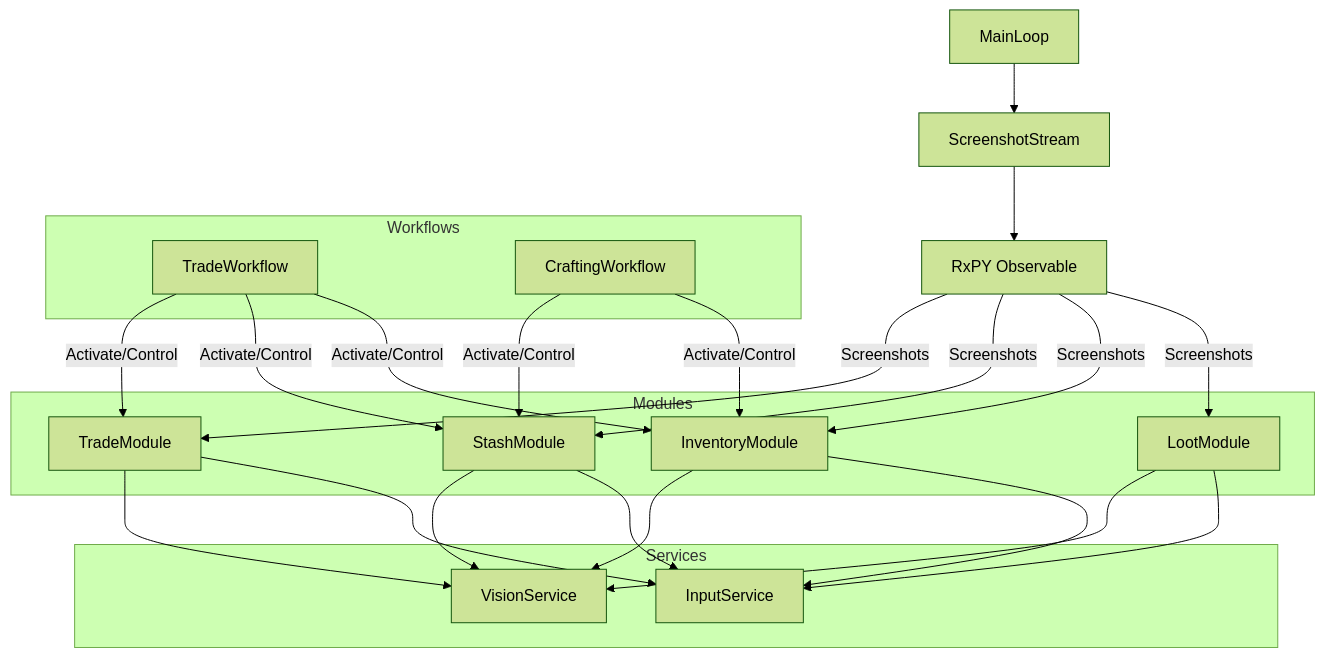
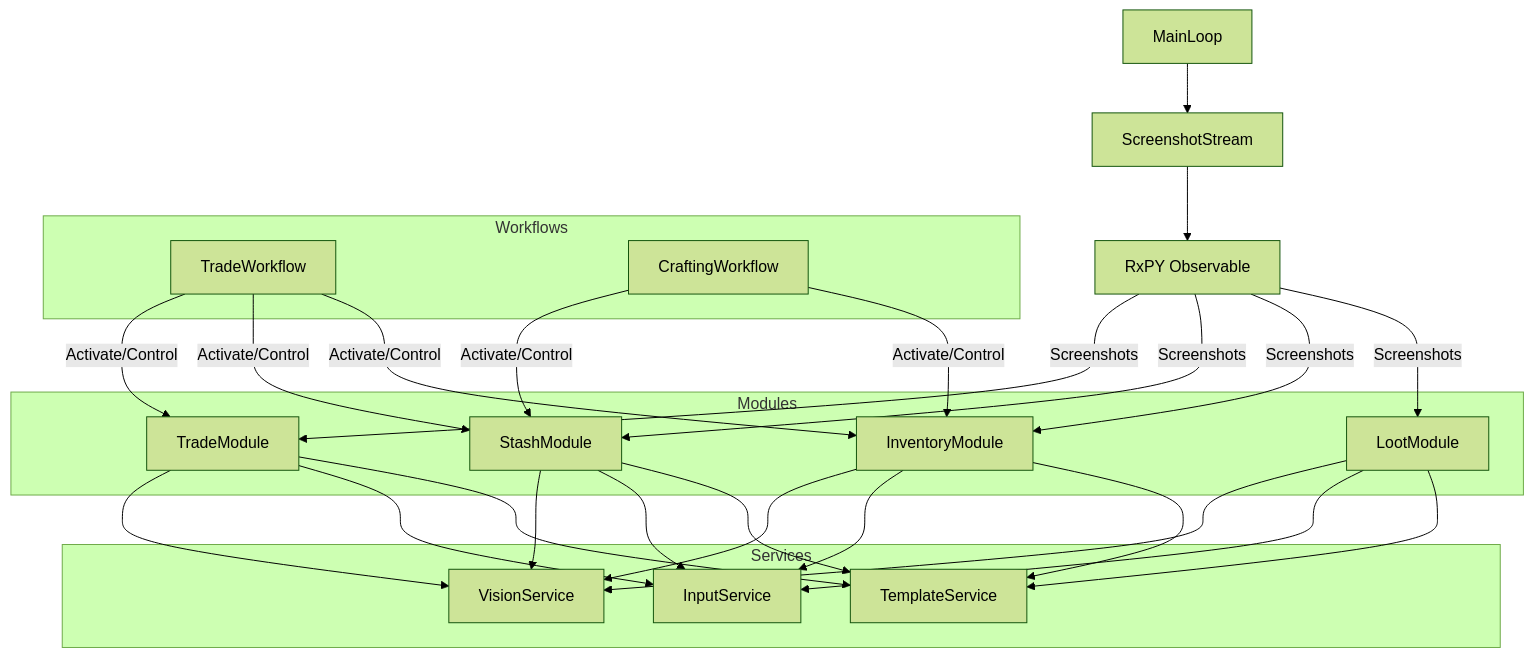
Before and after one commit to evgenipetrov/poe-sidekick: the diagram in memory_bank/systemPatterns.md, drawn with Mermaid (forest theme). The commit also changed other lines of this file and 8 other files, not shown here.

````diff
--- a/memory_bank/systemPatterns.md
+++ b/memory_bank/systemPatterns.md
@@ -7,29 +7,30 @@
 ```mermaid
 graph TD
     ML[MainLoop] --> SS[ScreenshotStream]
     SS --> E[RxPY Observable]
 
     subgraph Workflows
         TW[TradeWorkflow]
         CW[CraftingWorkflow]
     end
 
     subgraph Modules
         TM[TradeModule]
         SM[StashModule]
         IM[InventoryModule]
         LM[LootModule]
     end
 
     E -->|Screenshots| TM & SM & IM & LM
 
     TW -->|Activate/Control| TM & SM & IM
     CW -->|Activate/Control| SM & IM
 
     subgraph Services
         VS[VisionService]
         IS[InputService]
+        TS[TemplateService]
     end
 
-    TM & SM & IM & LM --> VS & IS
+    TM & SM & IM & LM --> VS & IS & TS
 ```
````
